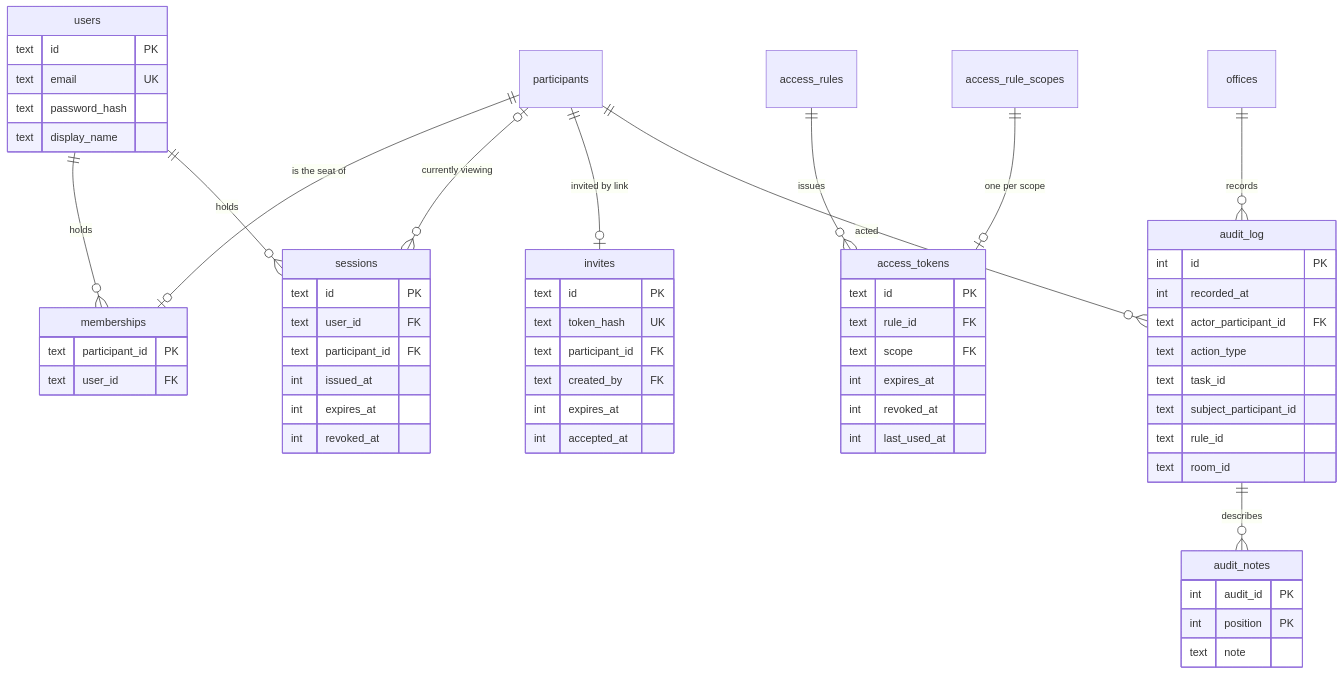
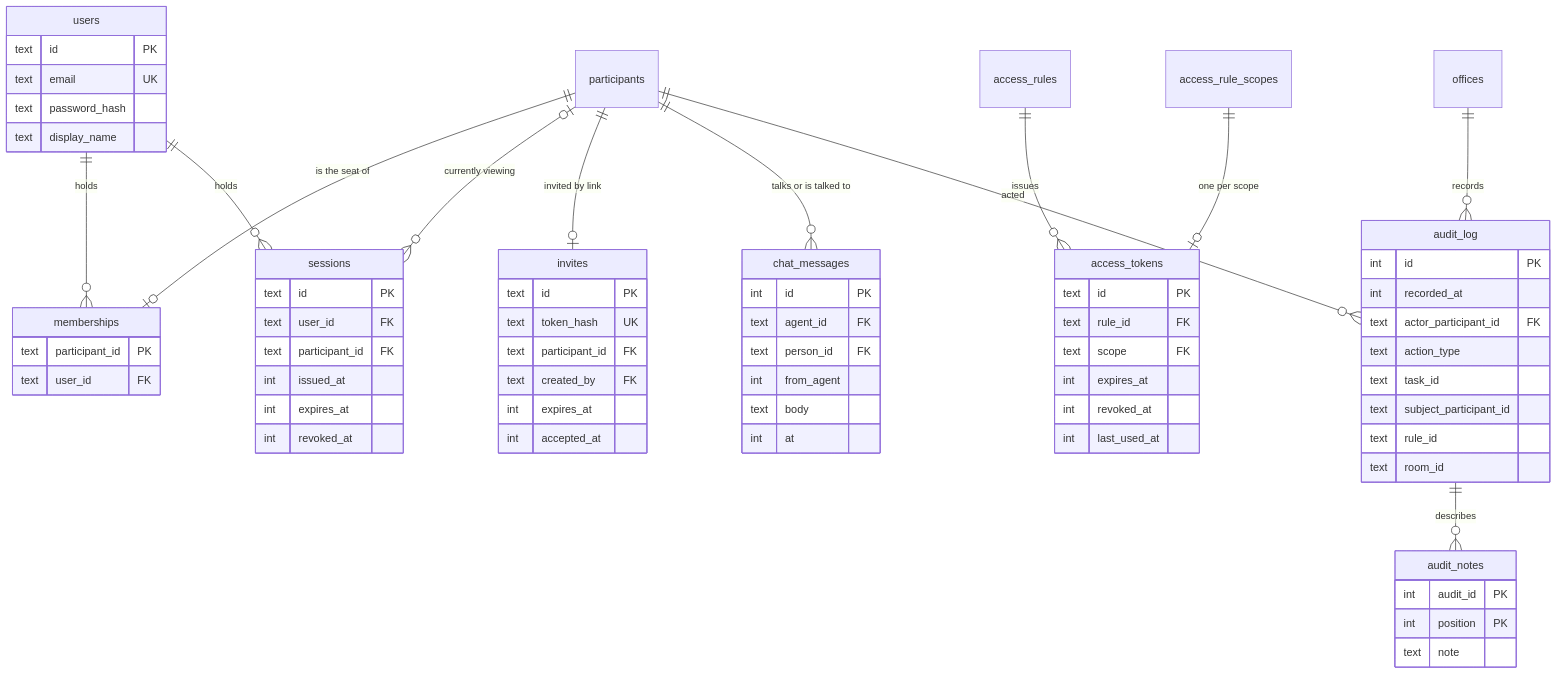
One commit to seyitgkc/ai-virtual-office changed diagram 13 of 14 in README.md. Above: the diagram before and after it, drawn with Mermaid. The commit also changed other lines of this file, not shown here.

````diff
--- a/README.md
+++ b/README.md
@@ -1097,63 +1122,72 @@
 ```mermaid
 erDiagram
   users ||--o{ memberships : holds
   participants ||--o| memberships : "is the seat of"
   users ||--o{ sessions : holds
   participants o|--o{ sessions : "currently viewing"
   participants ||--o| invites : "invited by link"
   access_rules ||--o{ access_tokens : issues
   access_rule_scopes ||--o| access_tokens : "one per scope"
+  participants ||--o{ chat_messages : "talks or is talked to"
   offices ||--o{ audit_log : records
   participants ||--o{ audit_log : acted
   audit_log ||--o{ audit_notes : describes
 
   users {
     text id PK
     text email UK
     text password_hash
     text display_name
   }
   memberships {
     text participant_id PK
     text user_id FK
   }
   sessions {
     text id PK
     text user_id FK
     text participant_id FK
     int issued_at
     int expires_at
     int revoked_at
   }
   invites {
     text id PK
     text token_hash UK
     text participant_id FK
     text created_by FK
     int expires_at
     int accepted_at
   }
+  chat_messages {
+    int id PK
+    text agent_id FK
+    text person_id FK
+    int from_agent
+    text body
+    int at
+  }
   access_tokens {
     text id PK
     text rule_id FK
     text scope FK
     int expires_at
     int revoked_at
     int last_used_at
   }
   audit_log {
     int id PK
     int recorded_at
     text actor_participant_id FK
     text action_type
     text task_id
     text subject_participant_id
     text rule_id
     text room_id
   }
   audit_notes {
     int audit_id PK
     int position PK
     text note
   }
 ```
````
